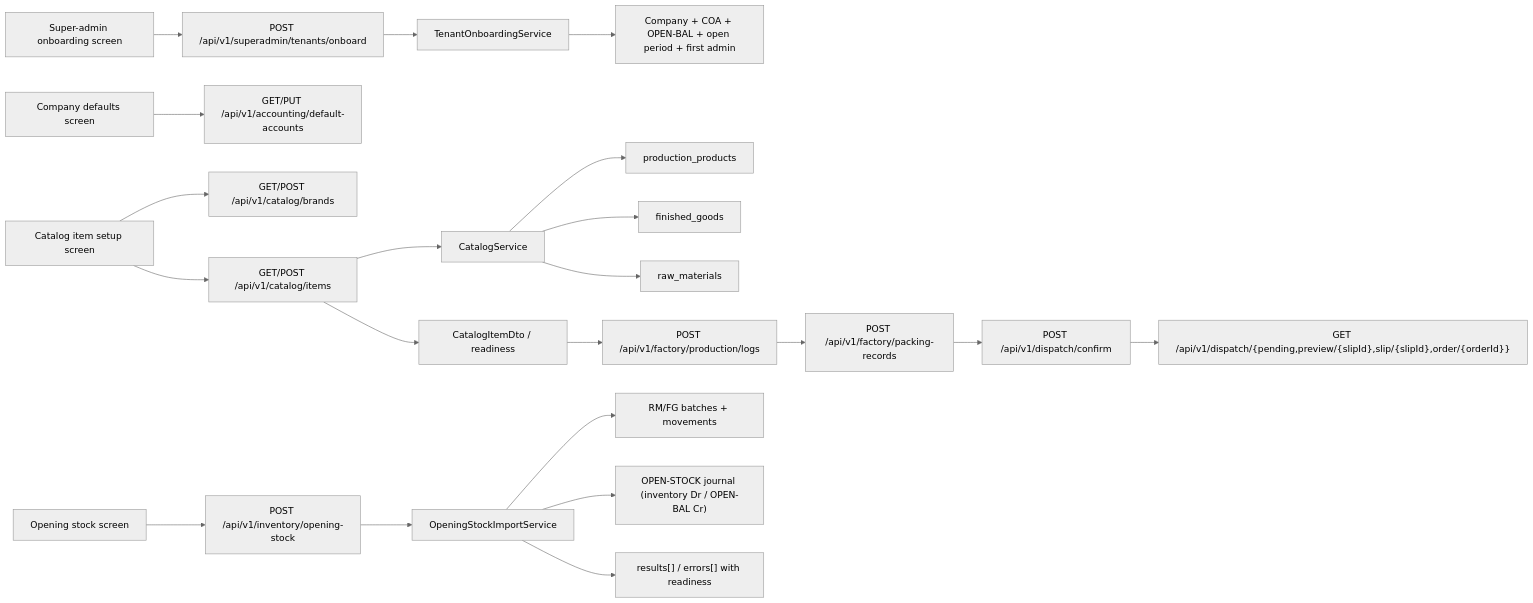
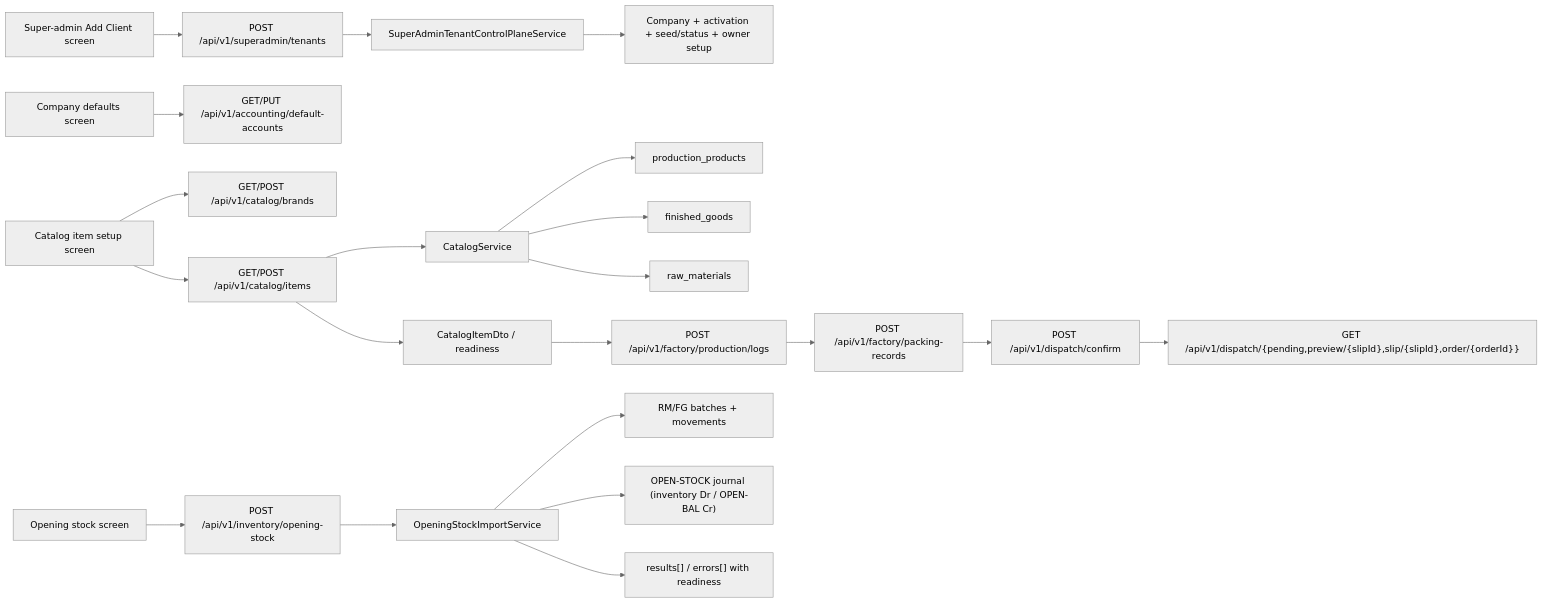
One commit to anasibnanwar-XYE/bigbrightpaints-erp changed the diagram in docs/developer/onboarding-stock-readiness/01-current-state-flow.md. Above: the diagram before and after it, drawn with Mermaid (neutral theme). The commit also changed other lines of this file and 62 other files, not shown here.

First line of the commit message:
fix(pr198): hard-cut super-admin rebase on iam mainline

````diff
--- a/docs/developer/onboarding-stock-readiness/01-current-state-flow.md
+++ b/docs/developer/onboarding-stock-readiness/01-current-state-flow.md
@@ -7,27 +7,27 @@
 ```mermaid
 flowchart LR
-    SA["Super-admin onboarding screen"] --> ONB["POST /api/v1/superadmin/tenants/onboard"]
-    ONB --> TOS["TenantOnboardingService"]
-    TOS --> BOOT["Company + COA + OPEN-BAL + open period + first admin"]
+    SA["Super-admin Add Client screen"] --> ONB["POST /api/v1/superadmin/tenants"]
+    ONB --> CP["SuperAdminTenantControlPlaneService"]
+    CP --> BOOT["Company + activation + seed/status + owner setup"]
 
     DEF["Company defaults screen"] --> DACC["GET/PUT /api/v1/accounting/default-accounts"]
 
     SKU["Catalog item setup screen"] --> BR["GET/POST /api/v1/catalog/brands"]
     SKU --> ITEM["GET/POST /api/v1/catalog/items"]
     ITEM --> CATSVC["CatalogService"]
     CATSVC --> PROD["production_products"]
     CATSVC --> FG["finished_goods"]
     CATSVC --> RM["raw_materials"]
     ITEM --> READY["CatalogItemDto / readiness"]
 
     OST["Opening stock screen"] --> IMP["POST /api/v1/inventory/opening-stock"]
     IMP --> OSI["OpeningStockImportService"]
     OSI --> BATCH["RM/FG batches + movements"]
     OSI --> JE["OPEN-STOCK journal (inventory Dr / OPEN-BAL Cr)"]
     OSI --> OREADY["results[] / errors[] with readiness"]
 
     READY --> PLOG["POST /api/v1/factory/production/logs"]
     PLOG --> PACK["POST /api/v1/factory/packing-records"]
     PACK --> DISP["POST /api/v1/dispatch/confirm"]
     DISP --> DREAD["GET /api/v1/dispatch/{pending,preview/{slipId},slip/{slipId},order/{orderId}}"]
 ```
````
